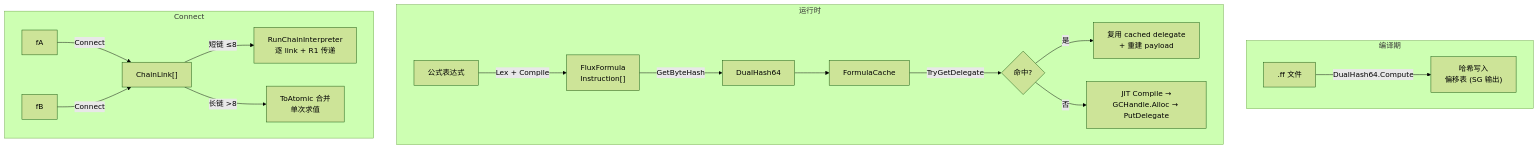
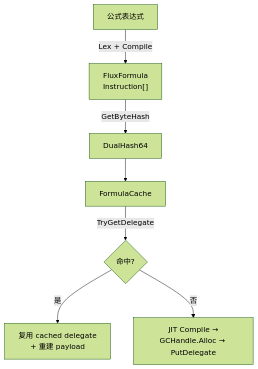
Before and after one commit to twds0x13/FluxFormula: the second of 3 diagrams in docs/technical/compile-cache.md, drawn with Mermaid (forest theme). The commit also changed other lines of this file and 5 other files, not shown here.

Commit message:
docs: fix Mermaid diagrams — split compile-cache into 3 blocks, add centering CSS, fix Instruction/Connect diagrams [skip test]

````diff
--- a/docs/technical/compile-cache.md
+++ b/docs/technical/compile-cache.md
@@ -7,22 +16,9 @@
 ```mermaid
 flowchart TD
-    subgraph 编译期
-        A[".ff 文件"] -->|DualHash64.Compute| B["哈希写入<br/>偏移表 (SG 输出)"]
-    end
-
-    subgraph 运行时
-        C["公式表达式"] -->|Lex + Compile| D["FluxFormula<br/>Instruction[]"]
-        D -->|GetByteHash| E["DualHash64"]
-        E --> F["FormulaCache"]
-        F -->|TryGetDelegate| G{"命中?"}
-        G -->|是| H["复用 cached delegate<br/>+ 重建 payload"]
-        G -->|否| I["JIT Compile →<br/>GCHandle.Alloc → PutDelegate"]
-    end
-
-    subgraph Connect
-        D1["fA"] -->|Connect| J["ChainLink[]"]
-        D2["fB"] -->|Connect| J
-        J -->|短链 ≤8| K["RunChainInterpreter<br/>逐 link + R1 传递"]
-        J -->|长链 >8| L["ToAtomic 合并<br/>单次求值"]
-    end
+    C["公式表达式"] -->|Lex + Compile| D["FluxFormula<br/>Instruction[]"]
+    D -->|GetByteHash| E["DualHash64"]
+    E --> F["FormulaCache"]
+    F -->|TryGetDelegate| G{"命中?"}
+    G -->|是| H["复用 cached delegate<br/>+ 重建 payload"]
+    G -->|否| I["JIT Compile →<br/>GCHandle.Alloc → PutDelegate"]
 ```
````
